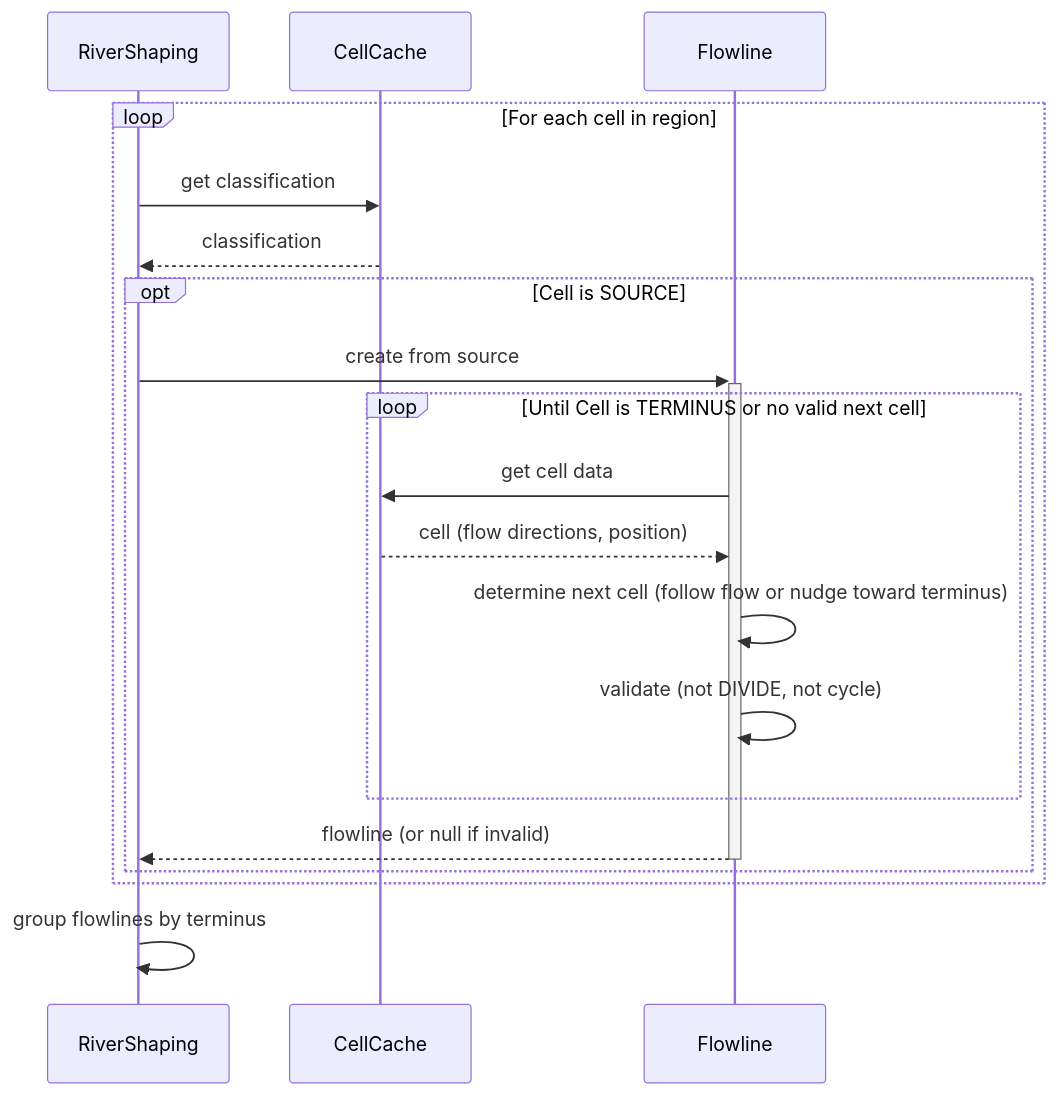
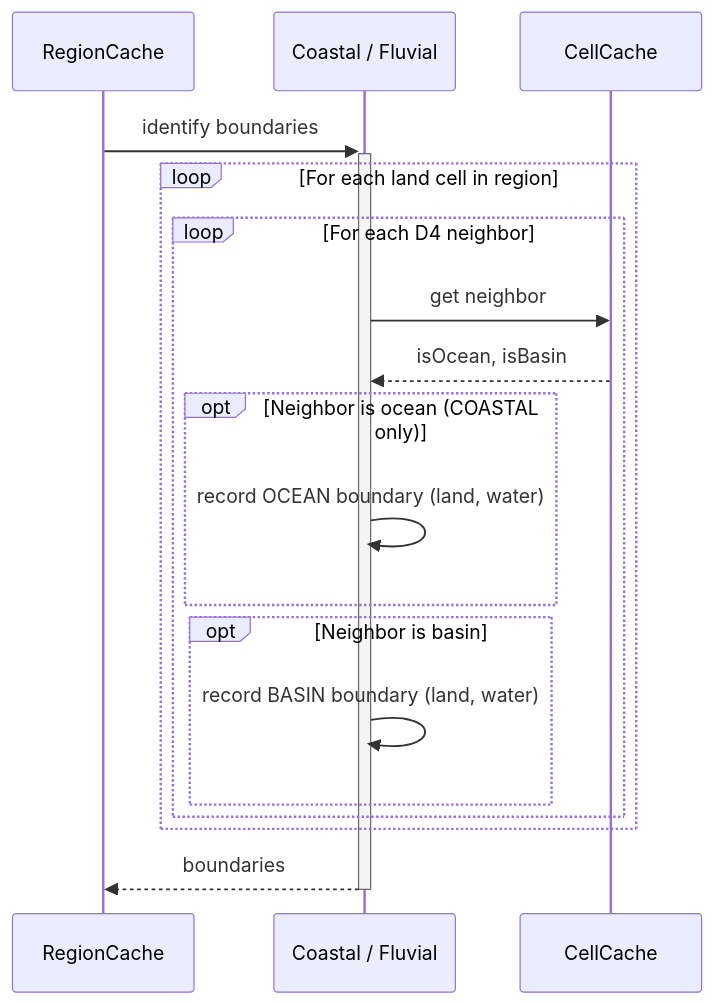
Before and after one commit to SoSly/RiverTale: diagram 11 of 22 in docs/features/rivers/Rough Diagrams.md, drawn with Mermaid. The commit also changed other lines of this file and 33 other files, not shown here.

Commit message:
docs: replace stale feature docs with an accurate rough diagrams map

````diff
--- a/docs/features/rivers/Rough Diagrams.md
+++ b/docs/features/rivers/Rough Diagrams.md
@@ -290,26 +356,23 @@
 ```mermaid
 sequenceDiagram
-    participant RiverShaping
+    participant RegionCache
+    participant Terrain as Coastal / Fluvial
     participant CellCache
-    participant Flowline
 
-    loop For each cell in region
-        RiverShaping ->> CellCache: get classification
-        CellCache -->> RiverShaping: classification
+    RegionCache ->>+ Terrain: identify boundaries
 
-        opt Cell is SOURCE
-            RiverShaping ->>+ Flowline: create from source
-
-            loop Until Cell is TERMINUS or no valid next cell
-                Flowline ->> CellCache: get cell data
-                CellCache -->> Flowline: cell (flow directions, position)
-                Flowline ->> Flowline: determine next cell (follow flow or nudge toward terminus)
-                Flowline ->> Flowline: validate (not DIVIDE, not cycle)
+    loop For each land cell in region
+        loop For each D4 neighbor
+            Terrain ->> CellCache: get neighbor
+            CellCache -->> Terrain: isOcean, isBasin
+            opt Neighbor is ocean (COASTAL only)
+                Terrain ->> Terrain: record OCEAN boundary (land, water)
             end
-
-            Flowline -->>- RiverShaping: flowline (or null if invalid)
+            opt Neighbor is basin
+                Terrain ->> Terrain: record BASIN boundary (land, water)
+            end
         end
     end
 
-    RiverShaping ->> RiverShaping: group flowlines by terminus
+    Terrain -->>- RegionCache: boundaries
 ```
````
